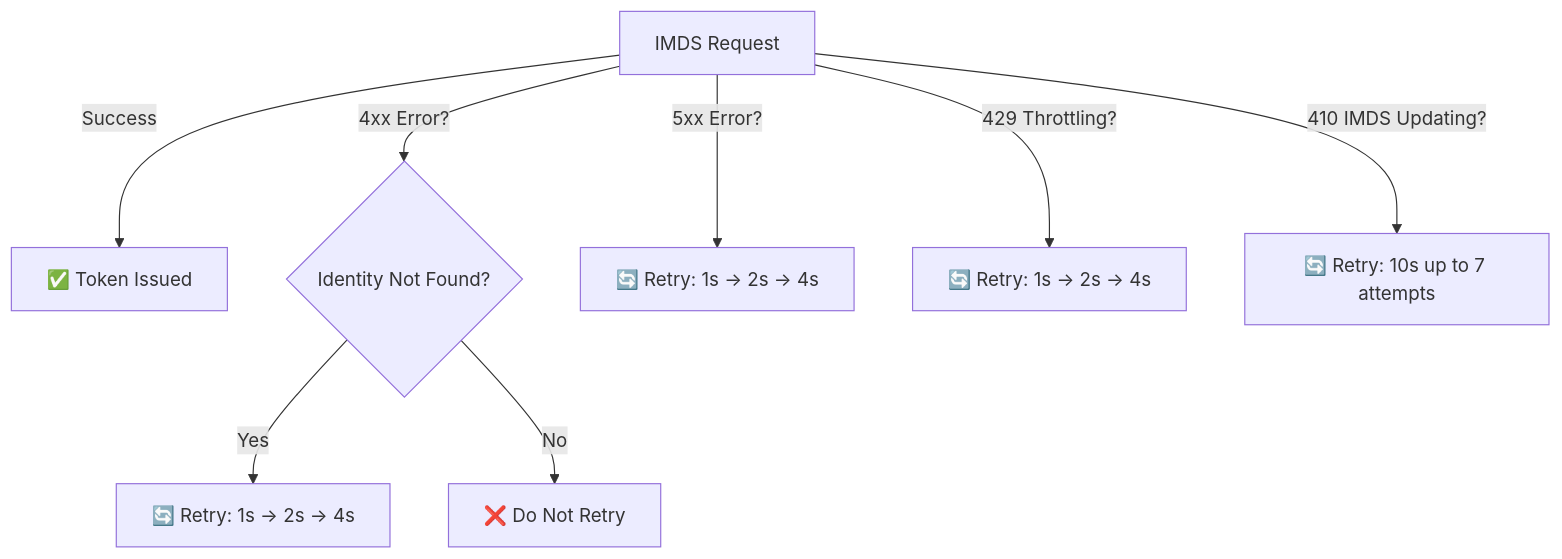
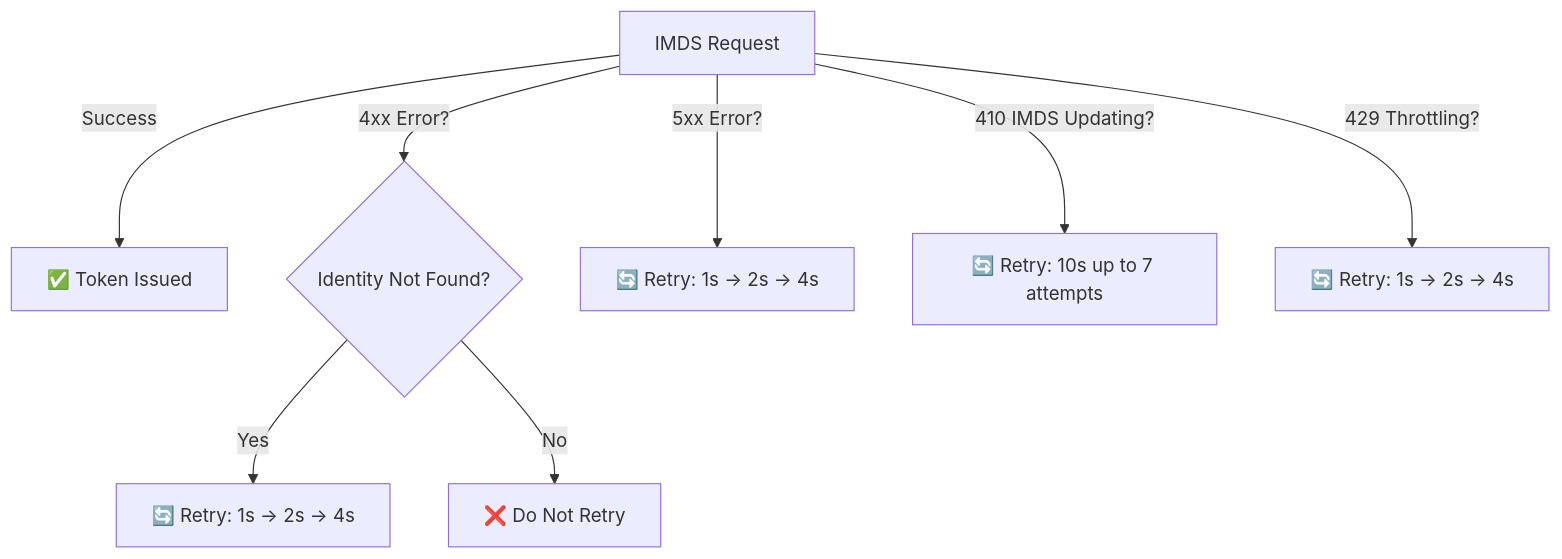
The diagram in docs/imds_retry_based_on_errors.md (AzureAD/microsoft-authentication-library-for-dotnet), drawn with Mermaid before and after one commit. The commit also changed other lines of this file, not shown here.

Commit message:
Fix retry pattern order and formatting in docs

````diff
--- a/docs/imds_retry_based_on_errors.md
+++ b/docs/imds_retry_based_on_errors.md
@@ -55,11 +55,11 @@
 ```mermaid
 graph TD;
   
   A[IMDS Request] -->|Success| B[✅ Token Issued]
   A -->|4xx Error?| C{Identity Not Found?}
   C -- Yes --> D[🔄 Retry: 1s → 2s → 4s]
   C -- No --> E[❌ Do Not Retry]
   A -->|5xx Error?| F[🔄 Retry: 1s → 2s → 4s]
+  A -->|410 IMDS Updating?| H[🔄 Retry: 10s up to 7 attempts]
   A -->|429 Throttling?| G[🔄 Retry: 1s → 2s → 4s]
-  A -->|410 IMDS Updating?| H[🔄 Retry: 10s up to 7 attempts]
 ```
````
